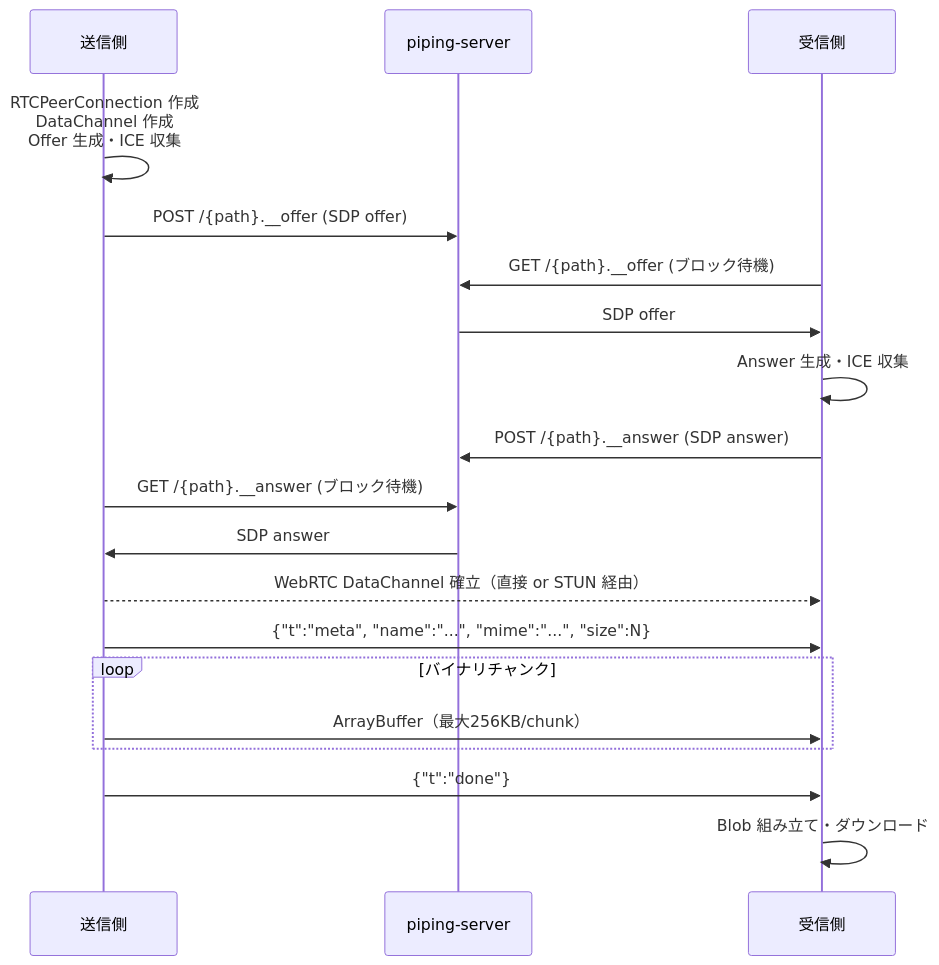
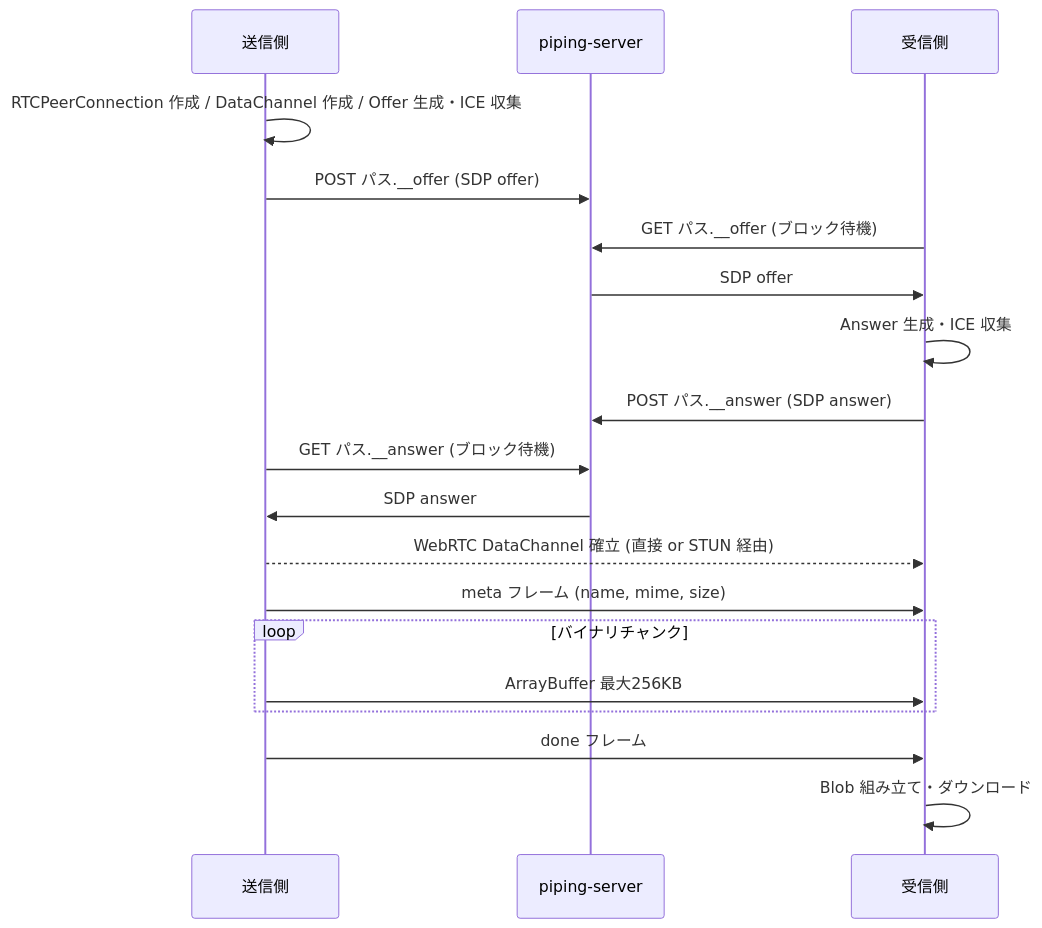
The fifth of 7 diagrams in docs/pipe-spec.md (afjk/afjk.jp), drawn with Mermaid before and after one commit. The commit also changed other lines of this file, not shown here.

Commit message:
Fix Mermaid diagram syntax for GitHub rendering

````diff
--- a/docs/pipe-spec.md
+++ b/docs/pipe-spec.md
@@ -130,23 +130,23 @@
 ```mermaid
 sequenceDiagram
     participant A as 送信側
     participant P as piping-server
     participant B as 受信側
 
-    A->>A: RTCPeerConnection 作成<br>DataChannel 作成<br>Offer 生成・ICE 収集
-    A->>P: POST /{path}.__offer (SDP offer)
-    B->>P: GET /{path}.__offer  (ブロック待機)
+    A->>A: RTCPeerConnection 作成 / DataChannel 作成 / Offer 生成・ICE 収集
+    A->>P: POST パス.__offer (SDP offer)
+    B->>P: GET パス.__offer (ブロック待機)
     P->>B: SDP offer
     B->>B: Answer 生成・ICE 収集
-    B->>P: POST /{path}.__answer (SDP answer)
-    A->>P: GET /{path}.__answer (ブロック待機)
+    B->>P: POST パス.__answer (SDP answer)
+    A->>P: GET パス.__answer (ブロック待機)
     P->>A: SDP answer
-    A-->>B: WebRTC DataChannel 確立（直接 or STUN 経由）
+    A-->>B: WebRTC DataChannel 確立 (直接 or STUN 経由)
 
-    A->>B: {"t":"meta", "name":"...", "mime":"...", "size":N}
+    A->>B: meta フレーム (name, mime, size)
     loop バイナリチャンク
-        A->>B: ArrayBuffer（最大256KB/chunk）
+        A->>B: ArrayBuffer 最大256KB
     end
-    A->>B: {"t":"done"}
+    A->>B: done フレーム
     B->>B: Blob 組み立て・ダウンロード
 ```
````
